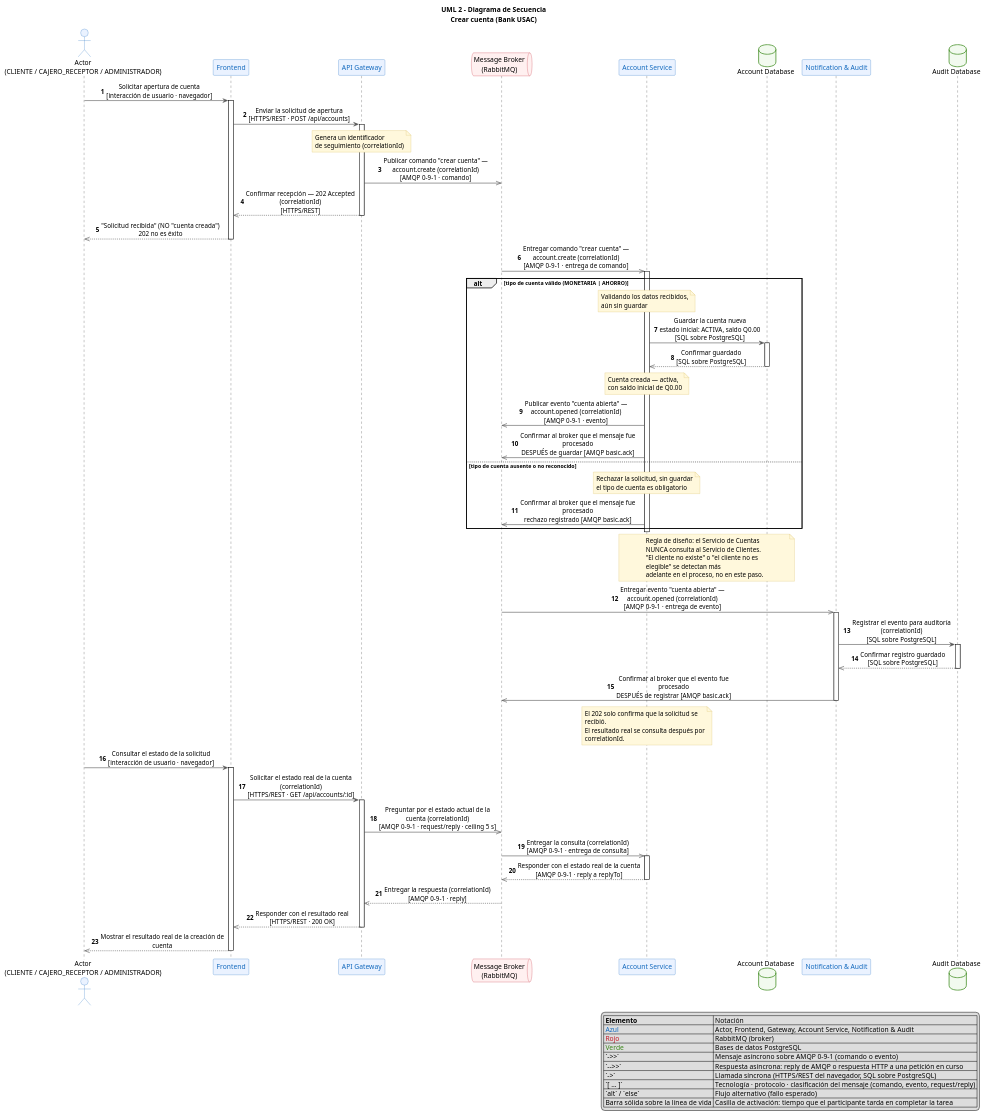
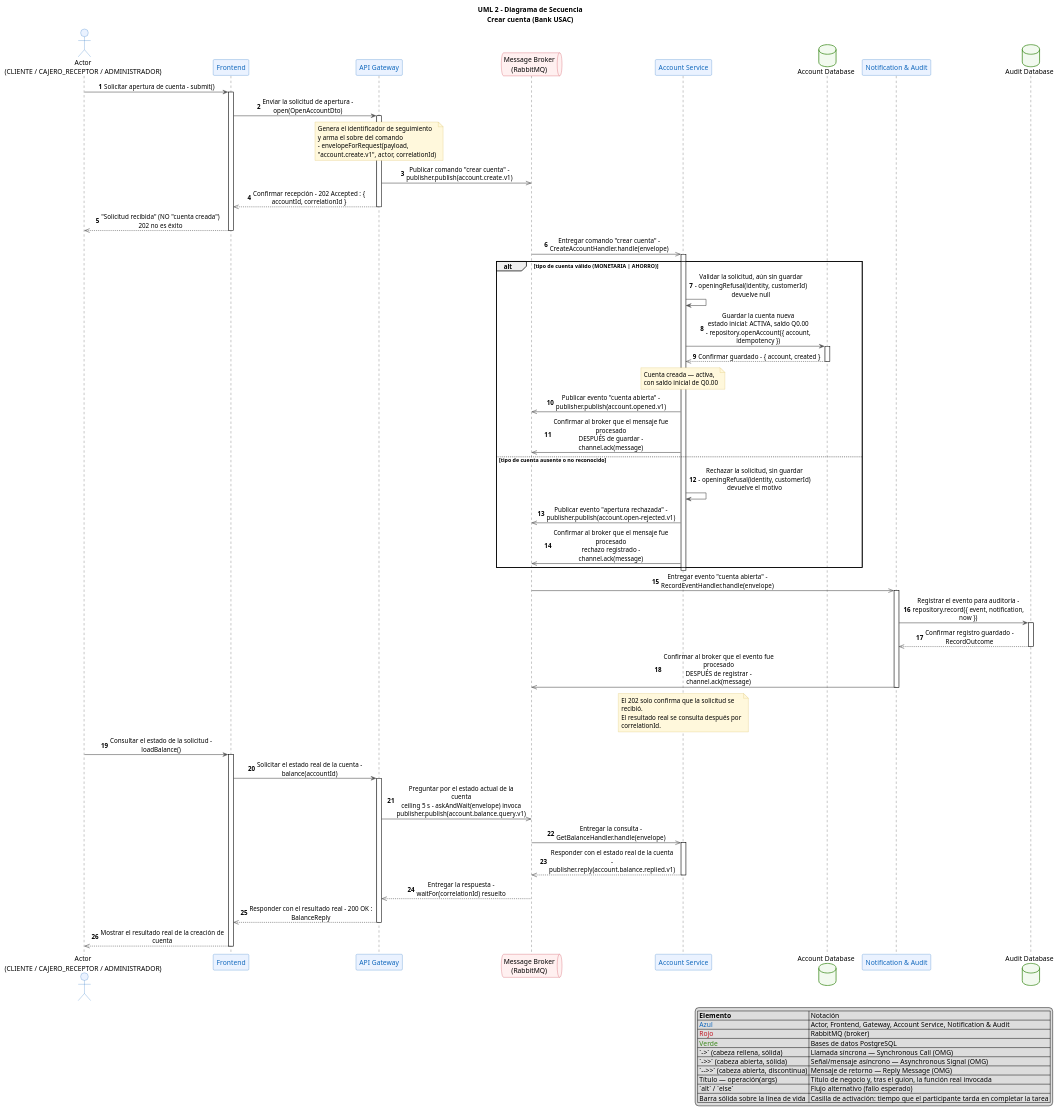
The diagram in docs/architecture/diagrams/06-uml-secuencia-crear-cuenta.puml (marcosbondel/Proyecto-SA-B-2), drawn with PlantUML before and after one commit. The commit also changed 1 other file, not shown here.

Commit message:
docs: actualizar diagrama de secuencia UML para la creación de cuenta

```diff
--- a/docs/architecture/diagrams/06-uml-secuencia-crear-cuenta.puml
+++ b/docs/architecture/diagrams/06-uml-secuencia-crear-cuenta.puml
@@ -1,137 +1,132 @@
-@startuml
-' Bank USAC - UML 2 Sequence Diagram - Crear cuenta
-' Caso de uso 2 (docs/domain/use-cases.md). Misma estructura y convenciones que el
-' Mermaid equivalente (06-uml-secuencia-crear-cuenta.mmd); ambos deben coincidir.
-' Las casillas de activacion (activate/deactivate) muestran cuanto tiempo mantiene
-' cada participante una tarea en curso.
-' Cada mensaje declara la accion de negocio y, entre corchetes, su tecnologia,
-' protocolo y clasificacion (comando, evento o request/reply), como exige el
-' enunciado (§4.2, "Tipo de comunicacion"). La sincronia NO se escribe en la
-' etiqueta: UML 2.5.1 (§17.4.4 / §17.11 Message) la representa unicamente con
-' el tipo de flecha (-> llamada sincrona, ->> senal/llamada asincrona).
+  @startuml
+  ' Bank USAC - UML 2 Sequence Diagram - Crear cuenta
+  ' Caso de uso 2 (docs/domain/use-cases.md).
+  ' Notacion UML 2 nativa (OMG, Sequence Diagram §17.4.4 / §17.11 Message): la
+  ' etiqueta de cada mensaje lleva unicamente el nombre de la operacion/senal
+  ' invocada (y sus argumentos), nunca el protocolo ni la sincronia. Esas dos
+  ' cosas se leen en la firma grafica de la flecha:
+  '   ->   cabeza rellena, linea solida  -> llamada sincrona (Synchronous Call)
+  '   ->>  cabeza abierta,  linea solida  -> envio de senal/mensaje asincrono
+  '                                          (Asynchronous Signal)
+  '   -->> cabeza abierta,  linea discontinua -> mensaje de retorno (Reply Message)
+  ' Cada mensaje trae ademas un titulo para stakeholders (la accion de negocio
+  ' que representa) seguido, tras un guion, del nombre real de la funcion que la
+  ' realiza en el codigo — verificado contra el repositorio, no inventado.
+  ' Las casillas de activacion (activate/deactivate) muestran cuanto tiempo
+  ' mantiene cada participante una tarea en curso.
 
-title UML 2 - Diagrama de Secuencia\nCrear cuenta (Bank USAC)
+  title UML 2 - Diagrama de Secuencia\nCrear cuenta (Bank USAC)
 
-skinparam shadowing false
-skinparam defaultFontName "Segoe UI"
-skinparam ArrowColor #555555
-skinparam ArrowThickness 1.2
-skinparam sequenceMessageAlign center
-skinparam maxMessageSize 260
-skinparam wrapWidth 260
-skinparam noteBackgroundColor #FFF8DC
-skinparam noteBorderColor #D6B656
-skinparam ParticipantBorderColor #1168BD
-skinparam ParticipantBackgroundColor #EAF2FF
-skinparam ParticipantFontColor #1168BD
-skinparam ActorBorderColor #1168BD
-skinparam ActorBackgroundColor #EAF2FF
-skinparam QueueBorderColor #C11926
-skinparam QueueBackgroundColor #FFF0F0
-skinparam DatabaseBorderColor #398819
-skinparam DatabaseBackgroundColor #F2FAEF
-skinparam LifeLineBorderColor #1168BD
-skinparam ActivationBorderColor #1168BD
-skinparam ActivationBackgroundColor #C6DBF7
+  skinparam shadowing false
+  skinparam defaultFontName "Segoe UI"
+  skinparam ArrowColor #555555
+  skinparam ArrowThickness 1.2
+  skinparam sequenceMessageAlign center
+  skinparam maxMessageSize 260
+  skinparam wrapWidth 260
+  skinparam noteBackgroundColor #FFF8DC
+  skinparam noteBorderColor #D6B656
+  skinparam ParticipantBorderColor #1168BD
+  skinparam ParticipantBackgroundColor #EAF2FF
+  skinparam ParticipantFontColor #1168BD
+  skinparam ActorBorderColor #1168BD
+  skinparam ActorBackgroundColor #EAF2FF
+  skinparam QueueBorderColor #C11926
+  skinparam QueueBackgroundColor #FFF0F0
+  skinparam DatabaseBorderColor #398819
+  skinparam DatabaseBackgroundColor #F2FAEF
+  skinparam LifeLineBorderColor #1168BD
+  skinparam ActivationBorderColor #1168BD
+  skinparam ActivationBackgroundColor #C6DBF7
 
-legend right
-    |= Elemento | Notación |
-    | <color:#1168BD>Azul</color> | Actor, Frontend, Gateway, Account Service, Notification & Audit |
-    | <color:#C11926>Rojo</color> | RabbitMQ (broker) |
-    | <color:#398819>Verde</color> | Bases de datos PostgreSQL |
-    | `->>` | Mensaje asíncrono sobre AMQP 0-9-1 (comando o evento) |
-    | `-->>` | Respuesta asíncrona: reply de AMQP o respuesta HTTP a una petición en curso |
-    | `->` | Llamada síncrona (HTTPS/REST del navegador, SQL sobre PostgreSQL) |
-    | `[ … ]` | Tecnología · protocolo · clasificación del mensaje (comando, evento, request/reply) |
-    | `alt` / `else` | Flujo alternativo (fallo esperado) |
-    | Barra sólida sobre la línea de vida | Casilla de activación: tiempo que el participante tarda en completar la tarea |
-endlegend
+  legend right
+      |= Elemento | Notación |
+      | <color:#1168BD>Azul</color> | Actor, Frontend, Gateway, Account Service, Notification & Audit |
+      | <color:#C11926>Rojo</color> | RabbitMQ (broker) |
+      | <color:#398819>Verde</color> | Bases de datos PostgreSQL |
+      | `->` (cabeza rellena, sólida) | Llamada síncrona — Synchronous Call (OMG) |
+      | `->>` (cabeza abierta, sólida) | Señal/mensaje asíncrono — Asynchronous Signal (OMG) |
+      | `-->>` (cabeza abierta, discontinua) | Mensaje de retorno — Reply Message (OMG) |
+      | Título — operación(args) | Título de negocio y, tras el guion, la función real invocada |
+      | `alt` / `else` | Flujo alternativo (fallo esperado) |
+      | Barra sólida sobre la línea de vida | Casilla de activación: tiempo que el participante tarda en completar la tarea |
+  endlegend
 
-actor "Actor\n(CLIENTE / CAJERO_RECEPTOR / ADMINISTRADOR)" as Actor
-participant "Frontend" as Frontend
-participant "API Gateway" as Gateway
-queue "Message Broker\n(RabbitMQ)" as Broker
-participant "Account Service" as Account
-database "Account Database" as AccountDB
-participant "Notification & Audit" as Notif
-database "Audit Database" as AuditDB
+  actor "Actor\n(CLIENTE / CAJERO_RECEPTOR / ADMINISTRADOR)" as Actor
+  participant "Frontend" as Frontend
+  participant "API Gateway" as Gateway
+  queue "Message Broker\n(RabbitMQ)" as Broker
+  participant "Account Service" as Account
+  database "Account Database" as AccountDB
+  participant "Notification & Audit" as Notif
+  database "Audit Database" as AuditDB
 
-autonumber
+  autonumber
 
-Actor -> Frontend : Solicitar apertura de cuenta\n[interacción de usuario · navegador]
-activate Frontend
-Frontend -> Gateway : Enviar la solicitud de apertura\n[HTTPS/REST · POST /api/accounts]
-activate Gateway
-note over Gateway
-  Genera un identificador
-  de seguimiento (correlationId)
-end note
+  Actor -> Frontend : Solicitar apertura de cuenta - submit()
+  activate Frontend
+  Frontend -> Gateway : Enviar la solicitud de apertura - open(OpenAccountDto)
+  activate Gateway
+  note over Gateway
+    Genera el identificador de seguimiento
+    y arma el sobre del comando
+    - envelopeForRequest(payload, "account.create.v1", actor, correlationId)
+  end note
 
-Gateway ->> Broker : Publicar comando "crear cuenta" — account.create (correlationId)\n[AMQP 0-9-1 · comando]
-Gateway -->> Frontend : Confirmar recepción — 202 Accepted (correlationId)\n[HTTPS/REST]
-deactivate Gateway
-Frontend -->> Actor : "Solicitud recibida" (NO "cuenta creada")\n202 no es éxito
-deactivate Frontend
+  Gateway ->> Broker : Publicar comando "crear cuenta" - publisher.publish(account.create.v1)
+  Gateway -->> Frontend : Confirmar recepción - 202 Accepted : { accountId, correlationId }
+  deactivate Gateway
+  Frontend -->> Actor : "Solicitud recibida" (NO "cuenta creada")\n202 no es éxito
+  deactivate Frontend
 
-Broker ->> Account : Entregar comando "crear cuenta" — account.create (correlationId)\n[AMQP 0-9-1 · entrega de comando]
-activate Account
+  Broker ->> Account : Entregar comando "crear cuenta" - CreateAccountHandler.handle(envelope)
+  activate Account
 
-alt tipo de cuenta válido (MONETARIA | AHORRO)
-    note over Account
-      Validando los datos recibidos,
-      aún sin guardar
-    end note
-    Account -> AccountDB : Guardar la cuenta nueva\nestado inicial: ACTIVA, saldo Q0.00\n[SQL sobre PostgreSQL]
-    activate AccountDB
-    AccountDB -->> Account : Confirmar guardado\n[SQL sobre PostgreSQL]
-    deactivate AccountDB
-    note over Account
-      Cuenta creada — activa,
-      con saldo inicial de Q0.00
-    end note
-    Account ->> Broker : Publicar evento "cuenta abierta" — account.opened (correlationId)\n[AMQP 0-9-1 · evento]
-    Account ->> Broker : Confirmar al broker que el mensaje fue procesado\nDESPUÉS de guardar [AMQP basic.ack]
-else tipo de cuenta ausente o no reconocido
-    note over Account
-      Rechazar la solicitud, sin guardar
-      el tipo de cuenta es obligatorio
-    end note
-    Account ->> Broker : Confirmar al broker que el mensaje fue procesado\nrechazo registrado [AMQP basic.ack]
-end
-deactivate Account
+  alt tipo de cuenta válido (MONETARIA | AHORRO)
+      Account -> Account : Validar la solicitud, aún sin guardar\n- openingRefusal(identity, customerId) devuelve null
+      Account -> AccountDB : Guardar la cuenta nueva\nestado inicial: ACTIVA, saldo Q0.00\n- repository.openAccount({ account, idempotency })
+      activate AccountDB
+      AccountDB -->> Account : Confirmar guardado - { account, created }
+      deactivate AccountDB
+      note over Account
+        Cuenta creada — activa,
+        con saldo inicial de Q0.00
+      end note
+      Account ->> Broker : Publicar evento "cuenta abierta" - publisher.publish(account.opened.v1)
+      Account ->> Broker : Confirmar al broker que el mensaje fue procesado\nDESPUÉS de guardar - channel.ack(message)
+  else tipo de cuenta ausente o no reconocido
+      Account -> Account : Rechazar la solicitud, sin guardar\n- openingRefusal(identity, customerId) devuelve el motivo
+      Account ->> Broker : Publicar evento "apertura rechazada" - publisher.publish(account.open-rejected.v1)
+      Account ->> Broker : Confirmar al broker que el mensaje fue procesado\nrechazo registrado - channel.ack(message)
+  end
+  deactivate Account
 
-note over Account, AccountDB
-  Regla de diseño: el Servicio de Cuentas NUNCA consulta al Servicio de Clientes.
-  "El cliente no existe" o "el cliente no es elegible" se detectan más
-  adelante en el proceso, no en este paso.
-end note
+  Broker ->> Notif : Entregar evento "cuenta abierta" - RecordEventHandler.handle(envelope)
+  activate Notif
+  Notif -> AuditDB : Registrar el evento para auditoría - repository.record({ event, notification, now })
+  activate AuditDB
+  AuditDB -->> Notif : Confirmar registro guardado - RecordOutcome
+  deactivate AuditDB
+  Notif ->> Broker : Confirmar al broker que el evento fue procesado\nDESPUÉS de registrar - channel.ack(message)
+  deactivate Notif
 
-Broker ->> Notif : Entregar evento "cuenta abierta" — account.opened (correlationId)\n[AMQP 0-9-1 · entrega de evento]
-activate Notif
-Notif -> AuditDB : Registrar el evento para auditoría (correlationId)\n[SQL sobre PostgreSQL]
-activate AuditDB
-AuditDB -->> Notif : Confirmar registro guardado\n[SQL sobre PostgreSQL]
-deactivate AuditDB
-Notif ->> Broker : Confirmar al broker que el evento fue procesado\nDESPUÉS de registrar [AMQP basic.ack]
-deactivate Notif
+  note over Account
+    El 202 solo confirma que la solicitud se recibió.
+    El resultado real se consulta después por correlationId.
+  end note
 
-note over Account
-  El 202 solo confirma que la solicitud se recibió.
-  El resultado real se consulta después por correlationId.
-end note
-
-Actor -> Frontend : Consultar el estado de la solicitud\n[interacción de usuario · navegador]
-activate Frontend
-Frontend -> Gateway : Solicitar el estado real de la cuenta (correlationId)\n[HTTPS/REST · GET /api/accounts/:id]
-activate Gateway
-Gateway ->> Broker : Preguntar por el estado actual de la cuenta (correlationId)\n[AMQP 0-9-1 · request/reply · ceiling 5 s]
-Broker ->> Account : Entregar la consulta (correlationId)\n[AMQP 0-9-1 · entrega de consulta]
-activate Account
-Account -->> Broker : Responder con el estado real de la cuenta\n[AMQP 0-9-1 · reply a replyTo]
-deactivate Account
-Broker -->> Gateway : Entregar la respuesta (correlationId)\n[AMQP 0-9-1 · reply]
-Gateway -->> Frontend : Responder con el resultado real\n[HTTPS/REST · 200 OK]
-deactivate Gateway
-Frontend -->> Actor : Mostrar el resultado real de la creación de cuenta
-deactivate Frontend
-@enduml
+  Actor -> Frontend : Consultar el estado de la solicitud - loadBalance()
+  activate Frontend
+  Frontend -> Gateway : Solicitar el estado real de la cuenta - balance(accountId)
+  activate Gateway
+  Gateway ->> Broker : Preguntar por el estado actual de la cuenta\nceiling 5 s - askAndWait(envelope) invoca publisher.publish(account.balance.query.v1)
+  Broker ->> Account : Entregar la consulta - GetBalanceHandler.handle(envelope)
+  activate Account
+  Account -->> Broker : Responder con el estado real de la cuenta - publisher.reply(account.balance.replied.v1)
+  deactivate Account
+  Broker -->> Gateway : Entregar la respuesta - waitFor(correlationId) resuelto
+  Gateway -->> Frontend : Responder con el resultado real - 200 OK : BalanceReply
+  deactivate Gateway
+  Frontend -->> Actor : Mostrar el resultado real de la creación de cuenta
+  deactivate Frontend
+  @enduml
```
